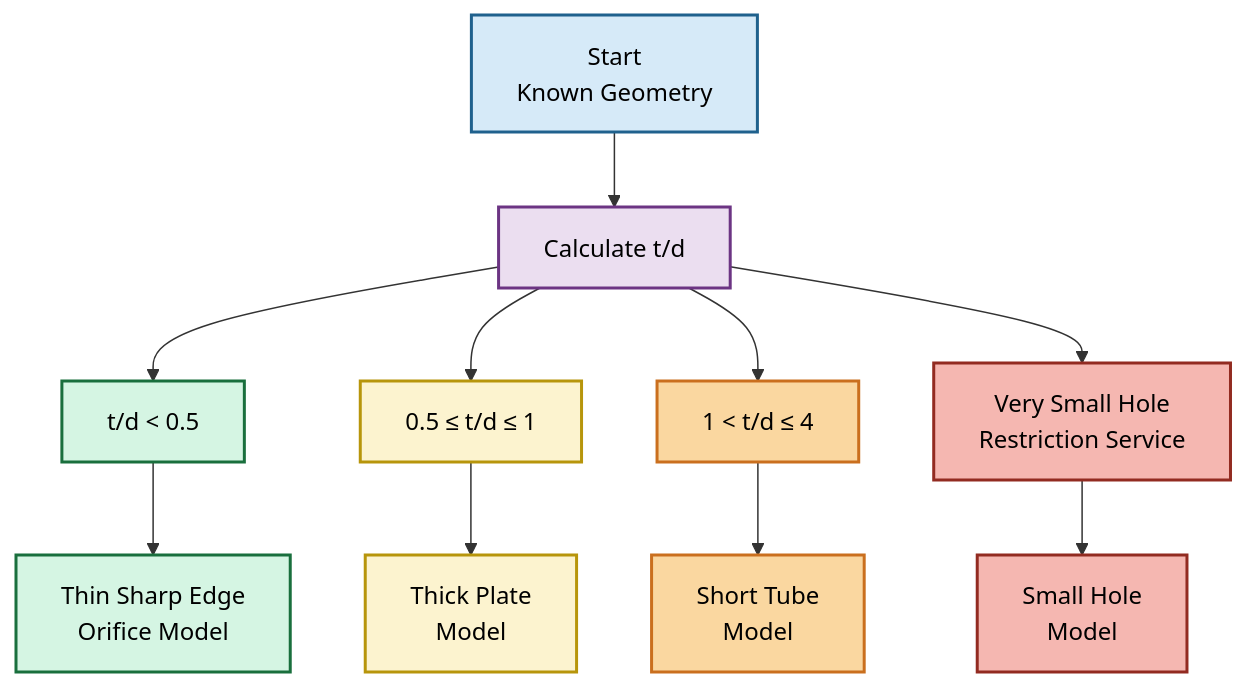
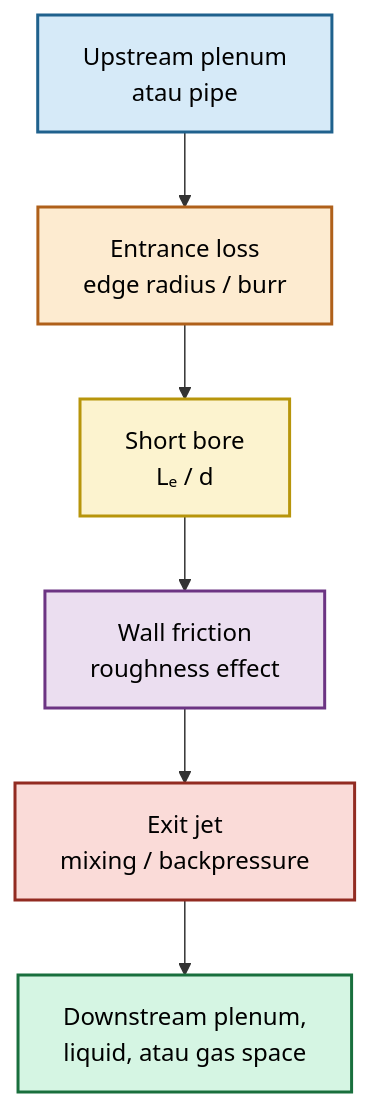
Diagram 11 of 18 in plugins/mx-core-docs/src/content/blog/maintenance/elins/orifice-plate.mdx (slametsampon/mx-core), drawn with Mermaid before and after one commit. The commit also changed other lines of this file and 4 other files, not shown here.

Commit message:
mx-core-docs: update orifice-plate

````diff
--- a/plugins/mx-core-docs/src/content/blog/maintenance/elins/orifice-plate.mdx
+++ b/plugins/mx-core-docs/src/content/blog/maintenance/elins/orifice-plate.mdx
@@ -1005,36 +3728,18 @@
-```mermaid id="orifice_model_selection"
-flowchart TD
+```mermaid id="short_tube_flow_path"
+flowchart TB
+    A["Upstream plenum<br/>atau pipe"]:::up
+    B["Entrance loss<br/>edge radius / burr"]:::entry
+    C["Short bore<br/>Lₑ / d"]:::bore
+    D["Wall friction<br/>roughness effect"]:::friction
+    E["Exit jet<br/>mixing / backpressure"]:::exit
+    F["Downstream plenum,<br/>liquid, atau gas space"]:::down
 
-A["Start<br/>Known Geometry"]:::start
+    A --> B --> C --> D --> E --> F
 
-B["Calculate t/d"]:::calc
-
-C["t/d < 0.5"]:::green
-D["0.5 ≤ t/d ≤ 1"]:::yellow
-E["1 < t/d ≤ 4"]:::orange
-F["Very Small Hole<br/>Restriction Service"]:::red
-
-G["Thin Sharp Edge<br/>Orifice Model"]:::green
-H["Thick Plate<br/>Model"]:::yellow
-I["Short Tube<br/>Model"]:::orange
-J["Small Hole<br/>Model"]:::red
-
-A --> B
-
-B --> C
-B --> D
-B --> E
-B --> F
-
-C --> G
-D --> H
-E --> I
-F --> J
-
-classDef start fill:#D6EAF8,color:#000,stroke:#1F618D,stroke-width:2px;
-classDef calc fill:#EBDEF0,color:#000,stroke:#6C3483,stroke-width:2px;
-classDef green fill:#D5F5E3,color:#000,stroke:#196F3D,stroke-width:2px;
-classDef yellow fill:#FCF3CF,color:#000,stroke:#B7950B,stroke-width:2px;
-classDef orange fill:#FAD7A0,color:#000,stroke:#CA6F1E,stroke-width:2px;
-classDef red fill:#F5B7B1,color:#000,stroke:#922B21,stroke-width:2px;
+    classDef up fill:#D6EAF8,stroke:#1F618D,color:#000,stroke-width:2px;
+    classDef entry fill:#FDEBD0,stroke:#AF601A,color:#000,stroke-width:2px;
+    classDef bore fill:#FCF3CF,stroke:#B7950B,color:#000,stroke-width:2px;
+    classDef friction fill:#EBDEF0,stroke:#6C3483,color:#000,stroke-width:2px;
+    classDef exit fill:#FADBD8,stroke:#922B21,color:#000,stroke-width:2px;
+    classDef down fill:#D5F5E3,stroke:#196F3D,color:#000,stroke-width:2px;
 ```
````
